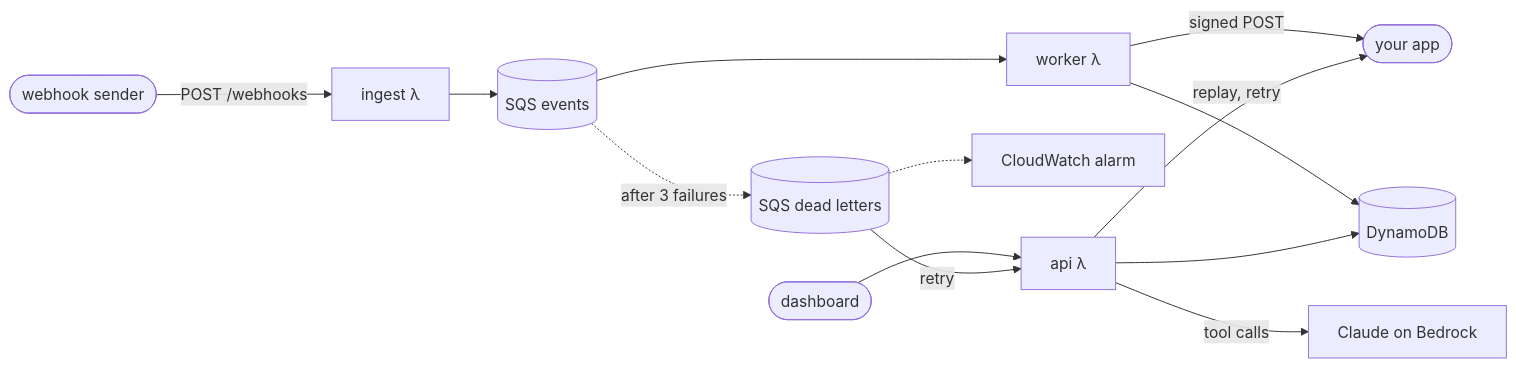
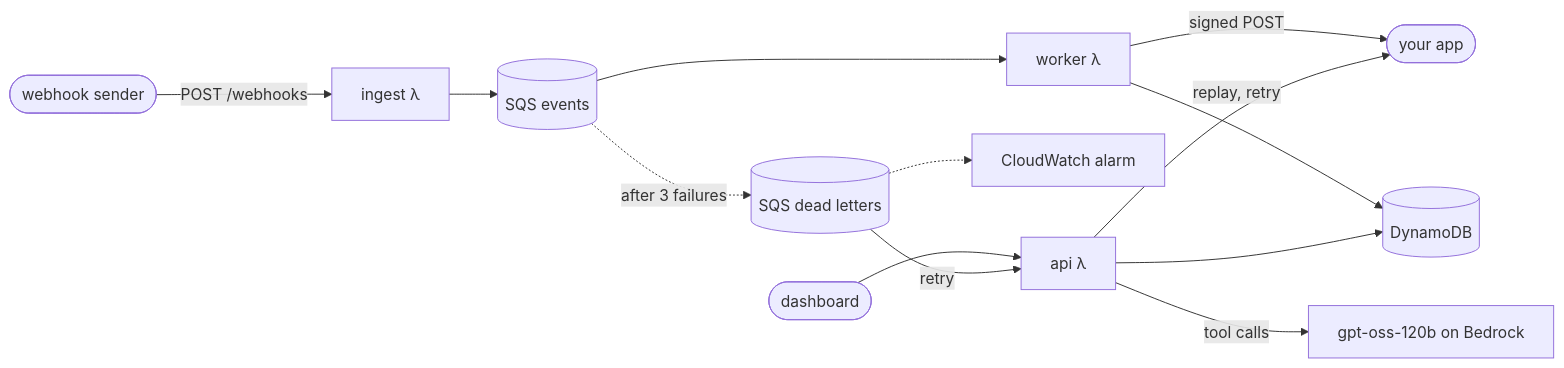
Before and after one commit to NathanYearout/tailhook: the diagram in README.md, drawn with Mermaid. The commit also changed other lines of this file and 13 other files, not shown here.

First line of the commit message:
Run the agent on gpt-oss-120b and keep it on topic

````diff
--- a/README.md
+++ b/README.md
@@ -48,16 +49,16 @@
 ```mermaid
 flowchart LR
     sender([webhook sender]) -- "POST /webhooks" --> ingest[ingest λ]
     ingest --> events[(SQS events)]
     events --> worker[worker λ]
     worker -- "signed POST" --> app([your app])
     worker --> table[(DynamoDB)]
     events -. "after 3 failures" .-> dlq[(SQS dead letters)]
     dlq -.-> alarm[CloudWatch alarm]
 
     browser([dashboard]) --> api[api λ]
     dlq -- "retry" --> api
     api -- "replay, retry" --> app
     api --> table
-    api -- "tool calls" --> claude[Claude on Bedrock]
+    api -- "tool calls" --> model[gpt-oss-120b on Bedrock]
 ```
````
